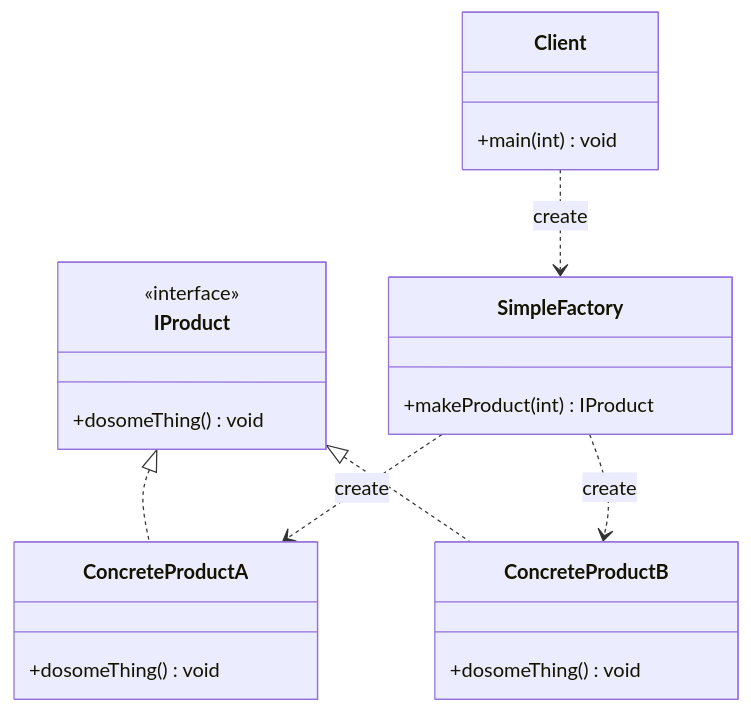
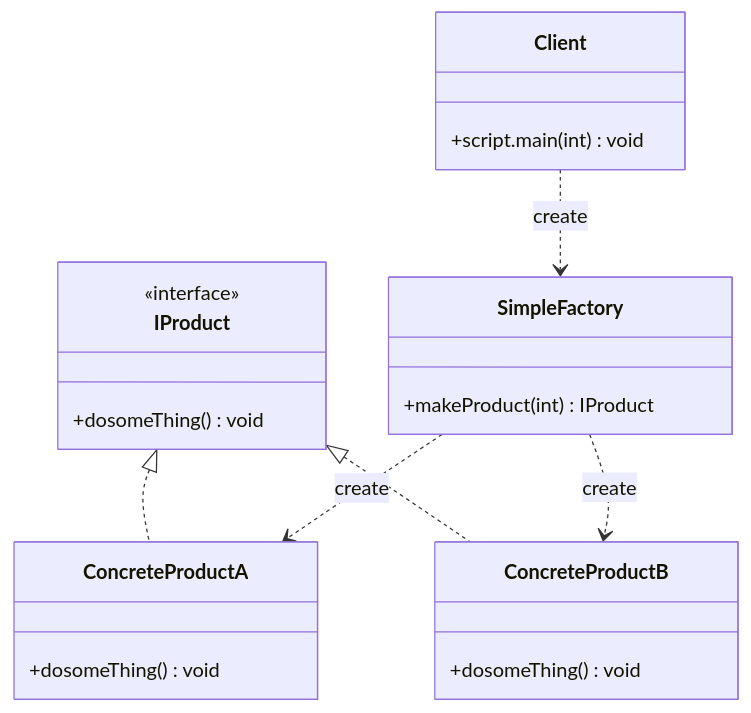
One commit to cunzhiwang/DesignPattern changed the diagram in README.md. Above: the diagram before and after it, drawn with Mermaid. The commit also changed 2 other files, not shown here.

Commit message:
feat: 脚本

````diff
--- a/README.md
+++ b/README.md
@@ -132,25 +132,25 @@
 ``` mermaid
     classDiagram
     IProduct <|.. ConcreteProductA
     IProduct <|.. ConcreteProductB
     SimpleFactory ..>ConcreteProductA:create
     SimpleFactory ..>ConcreteProductB:create
     Client ..>SimpleFactory:create
     calss IProduct
     <<interface>> IProduct
     IProduct: +dosomeThing() void
     class ConcreteProductA{
         +dosomeThing() void
     }
     class ConcreteProductB{
          +dosomeThing() void
     }
     class SimpleFactory{
         +makeProduct(int) IProduct
     }
      class Client{
-        +main(int) void
+        +script.main(int) void
     }
     
 
 ```
````
